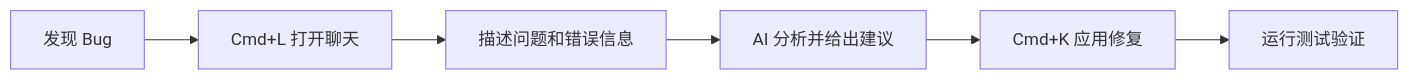
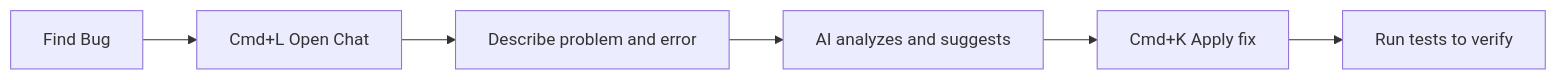
One commit to DDR187/cursor-howto changed the seventh of 9 diagrams in 01-shortcuts/README.md. Above: the diagram before and after it, drawn with Mermaid. The commit also changed other lines of this file and 22 other files, not shown here.

````diff
--- a/01-shortcuts/README.md
+++ b/01-shortcuts/README.md
@@ -395,8 +395,8 @@
 ```mermaid
 flowchart LR
-    A[发现 Bug] --> B[Cmd+L 打开聊天]
-    B --> C[描述问题和错误信息]
-    C --> D[AI 分析并给出建议]
-    D --> E[Cmd+K 应用修复]
-    E --> F[运行测试验证]
+    A[Find Bug] --> B[Cmd+L Open Chat]
+    B --> C[Describe problem and error]
+    C --> D[AI analyzes and suggests]
+    D --> E[Cmd+K Apply fix]
+    E --> F[Run tests to verify]
 ```
````
